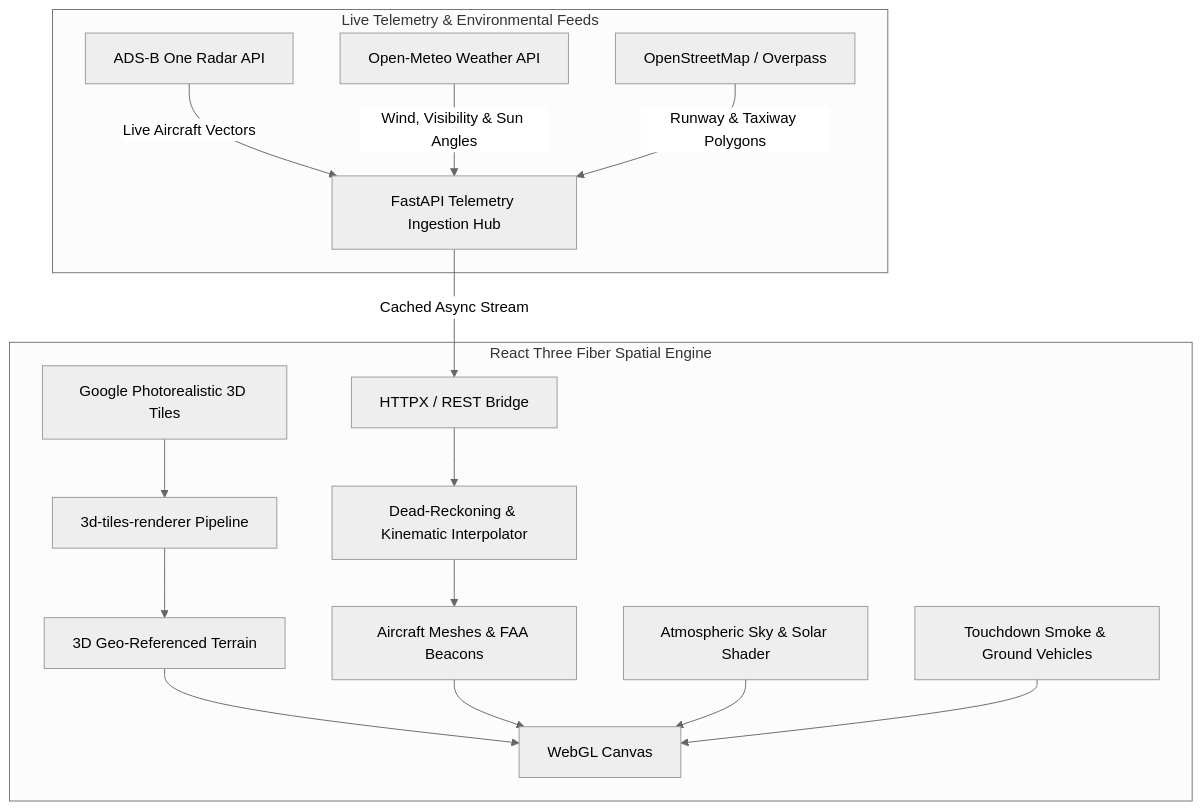
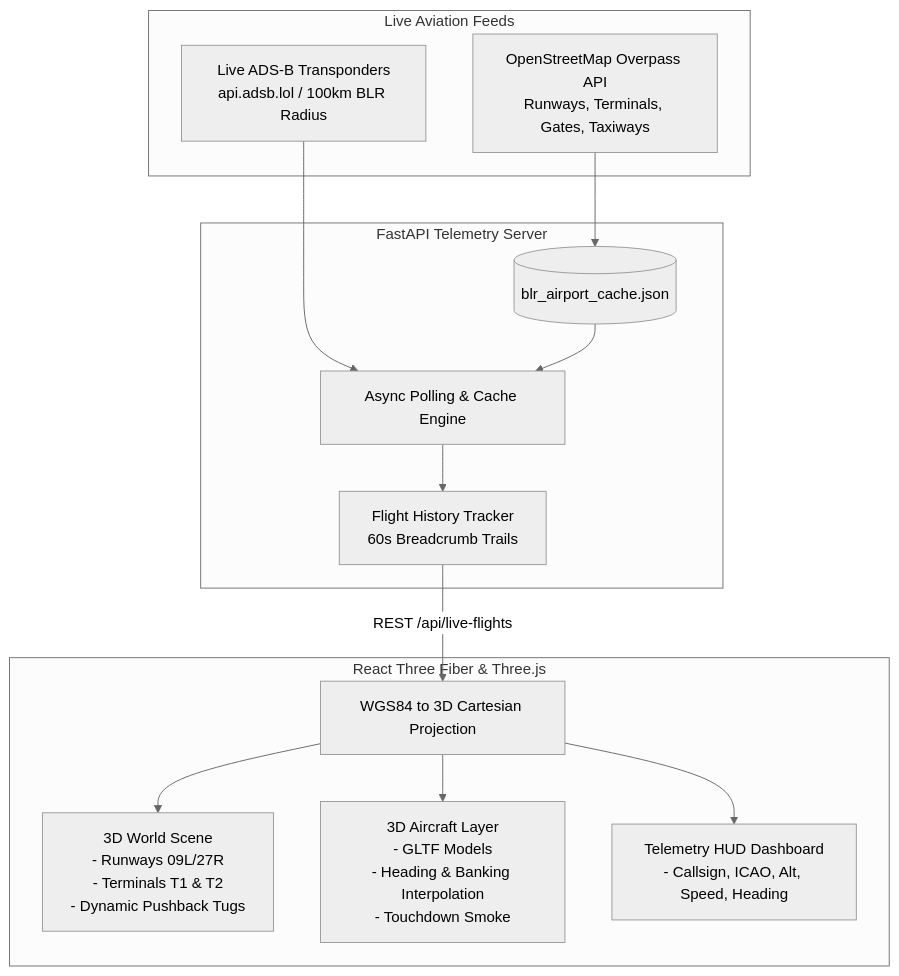
Before and after one commit to itsgoksz/airport-3d-digital-twin: the diagram in README.md, drawn with Mermaid (neutral theme). The commit also changed other lines of this file and 1 other file, not shown here.

````diff
--- a/README.md
+++ b/README.md
@@ -60,23 +26,38 @@
 ```mermaid
 flowchart TD
-    subgraph LiveIngestion [Live Telemetry & Environmental Feeds]
-        ADSB[ADS-B One Radar API] -->|Live Aircraft Vectors| BackendAPI[FastAPI Telemetry Ingestion Hub]
-        Meteo[Open-Meteo Weather API] -->|Wind, Visibility & Sun Angles| BackendAPI
-        OSM[OpenStreetMap / Overpass] -->|Runway & Taxiway Polygons| BackendAPI
+    subgraph DataSource [Live Aviation Feeds]
+        ADSB[Live ADS-B Transponders
+api.adsb.lol / 100km BLR Radius]
+        OSM[OpenStreetMap Overpass API
+Runways, Terminals, Gates, Taxiways]
     end
 
-    BackendAPI -->|Cached Async Stream| ClientAPI[HTTPX / REST Bridge]
+    subgraph Backend [FastAPI Telemetry Server]
+        Fetch[Async Polling & Cache Engine]
+        History[Flight History Tracker
+60s Breadcrumb Trails]
+        Cache[(blr_airport_cache.json)]
+    end
 
-    subgraph R3FScene [React Three Fiber Spatial Engine]
-        ClientAPI --> FlightInterpolation[Dead-Reckoning & Kinematic Interpolator]
-        FlightInterpolation --> AirplaneMesh[Aircraft Meshes & FAA Beacons]
-        
-        GoogleTiles[Google Photorealistic 3D Tiles] --> TilesRenderer[3d-tiles-renderer Pipeline]
-        TilesRenderer --> Terrain[3D Geo-Referenced Terrain]
-        
-        Terrain --> Canvas3D[WebGL Canvas]
-        AirplaneMesh --> Canvas3D
-        Atmosphere[Atmospheric Sky & Solar Shader] --> Canvas3D
-        ParticleFX[Touchdown Smoke & Ground Vehicles] --> Canvas3D
+    subgraph Frontend [React Three Fiber & Three.js]
+        Coord[WGS84 to 3D Cartesian Projection]
+        Scene[3D World Scene
+- Runways 09L/27R
+- Terminals T1 & T2
+- Dynamic Pushback Tugs]
+        Aircraft[3D Aircraft Layer
+- GLTF Models
+- Heading & Banking Interpolation
+- Touchdown Smoke]
+        HUD[Telemetry HUD Dashboard
+- Callsign, ICAO, Alt, Speed, Heading]
     end
+
+    ADSB --> Fetch
+    OSM --> Cache --> Fetch
+    Fetch --> History
+    History -->|REST /api/live-flights| Coord
+    Coord --> Scene
+    Coord --> Aircraft
+    Coord --> HUD
 ```
````
